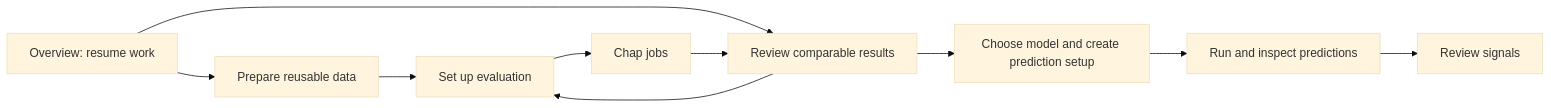
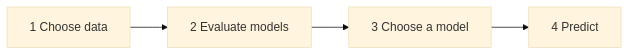
Before and after one commit to dhis2-chap/chap-frontend: the diagram in docs/modeling-workflow-proposal.md, drawn with Mermaid (base theme). The commit also changed other lines of this file and 26 other files, not shown here.

````diff
--- a/docs/modeling-workflow-proposal.md
+++ b/docs/modeling-workflow-proposal.md
@@ -29,12 +19,4 @@
 ```mermaid
 flowchart LR
-    O[Overview: resume work] --> D[Prepare reusable data]
-    O --> R
-    D --> S[Set up evaluation]
-    S --> J[Chap jobs]
-    J --> R[Review comparable results]
-    R --> S
-    R --> P[Choose model and create prediction setup]
-    P --> F[Run and inspect predictions]
-    F --> A[Review signals]
+    D[1 Choose data] --> E[2 Evaluate models] --> C[3 Choose a model] --> P[4 Predict]
 ```
````
